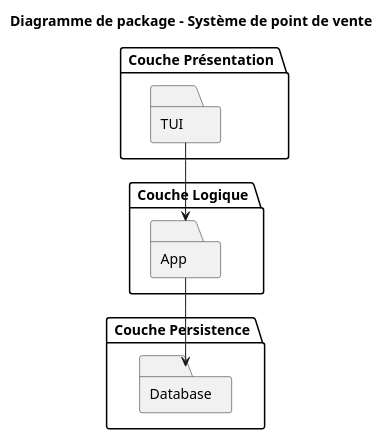
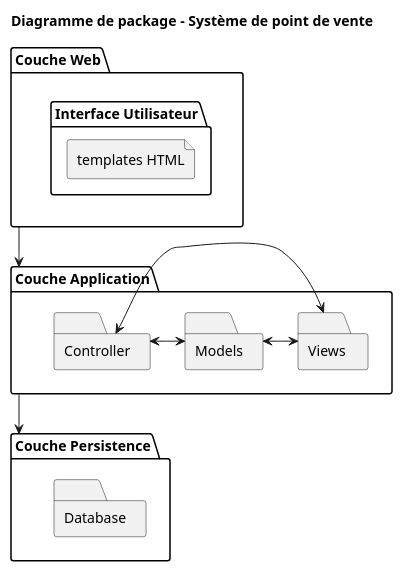
Before and after one commit to LojanArunasalam/LOG430-Lab2: the diagram in docs/diagrams/package_diagram.puml, drawn with PlantUML. The commit also changed 17 other files, not shown here.

```diff
--- a/docs/diagrams/package_diagram.puml
+++ b/docs/diagrams/package_diagram.puml
@@ -1,23 +1,29 @@
 @startuml
-
 hide circle
 hide members
-
+top to bottom direction
 title Diagramme de package - Système de point de vente 
 
-package " Couche Présentation " as P1 {
-    folder "TUI"
+package "Couche Web" {
+    folder "Interface Utilisateur" { 
+        file "templates HTML"
+    }
 }
 
-package " Couche Logique " as P2 {
-    folder "App"
+package "Couche Application" {
+    folder "Controller"
+    folder "Views"
+    folder "Models"
 }
 
-package " Couche Persistence " as P3 {
+package "Couche Persistence" {
     folder "Database"
 }
 
+Controller <-> Views
+Controller <-> Models 
+Models <-> Views
 
-TUI --> App
-App --> Database
+"Couche Web" --> "Couche Application"
+"Couche Application" --> "Couche Persistence"
 @enduml
```
